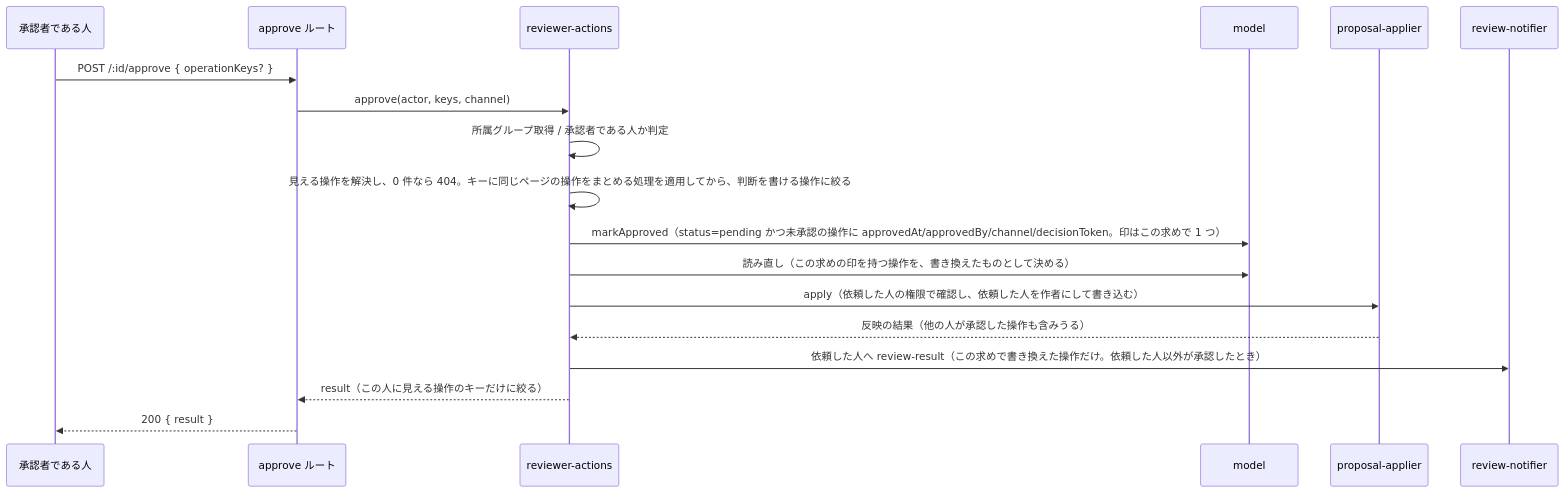
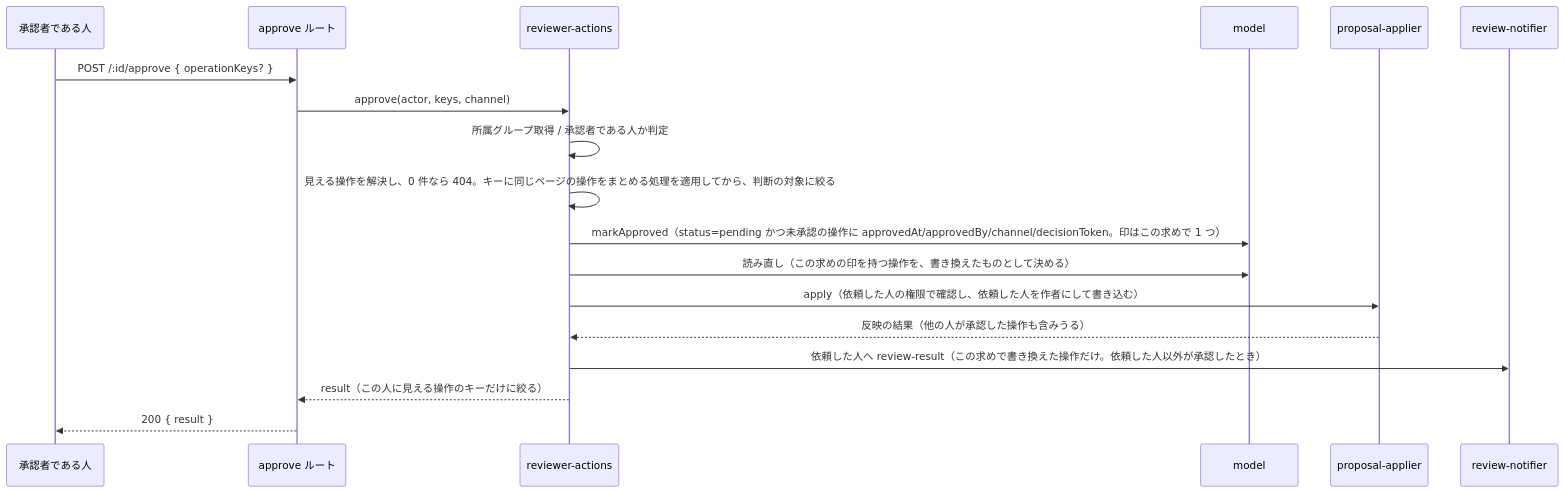
The second of 3 diagrams in .kiro/specs/change-proposal-reviewers/design.md (growilabs/growi), drawn with Mermaid before and after one commit. The commit also changed other lines of this file and 3 other files, not shown here.

````diff
--- a/.kiro/specs/change-proposal-reviewers/design.md
+++ b/.kiro/specs/change-proposal-reviewers/design.md
@@ -179,20 +176,20 @@
 ```mermaid
 sequenceDiagram
   participant U as 承認者である人
   participant R as approve ルート
   participant S as reviewer-actions
   participant M as model
   participant AP as proposal-applier
   participant N as review-notifier
   U->>R: POST /:id/approve { operationKeys? }
   R->>S: approve(actor, keys, channel)
   S->>S: 所属グループ取得 / 承認者である人か判定
-  S->>S: 見える操作を解決し、0 件なら 404。キーに同じページの操作をまとめる処理を適用してから、判断を書ける操作に絞る
+  S->>S: 見える操作を解決し、0 件なら 404。キーに同じページの操作をまとめる処理を適用してから、判断の対象に絞る
   S->>M: markApproved（status=pending かつ未承認の操作に approvedAt/approvedBy/channel/decisionToken。印はこの求めで 1 つ）
   S->>M: 読み直し（この求めの印を持つ操作を、書き換えたものとして決める）
   S->>AP: apply（依頼した人の権限で確認し、依頼した人を作者にして書き込む）
   AP-->>S: 反映の結果（他の人が承認した操作も含みうる）
   S->>N: 依頼した人へ review-result（この求めで書き換えた操作だけ。依頼した人以外が承認したとき）
   S-->>R: result（この人に見える操作のキーだけに絞る）
   R-->>U: 200 { result }
 ```
````
